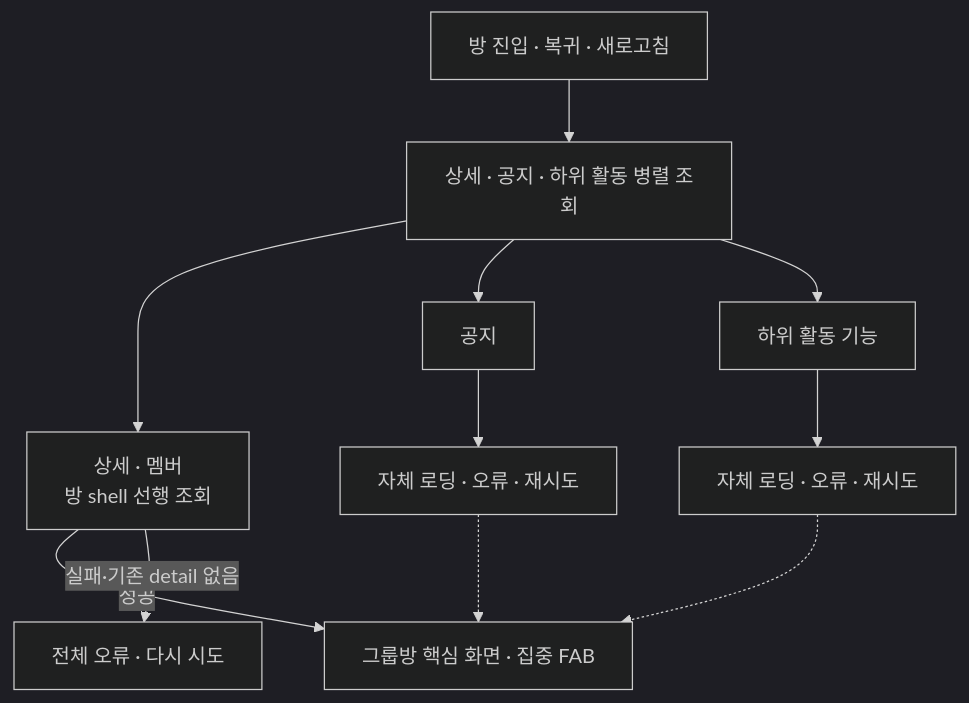
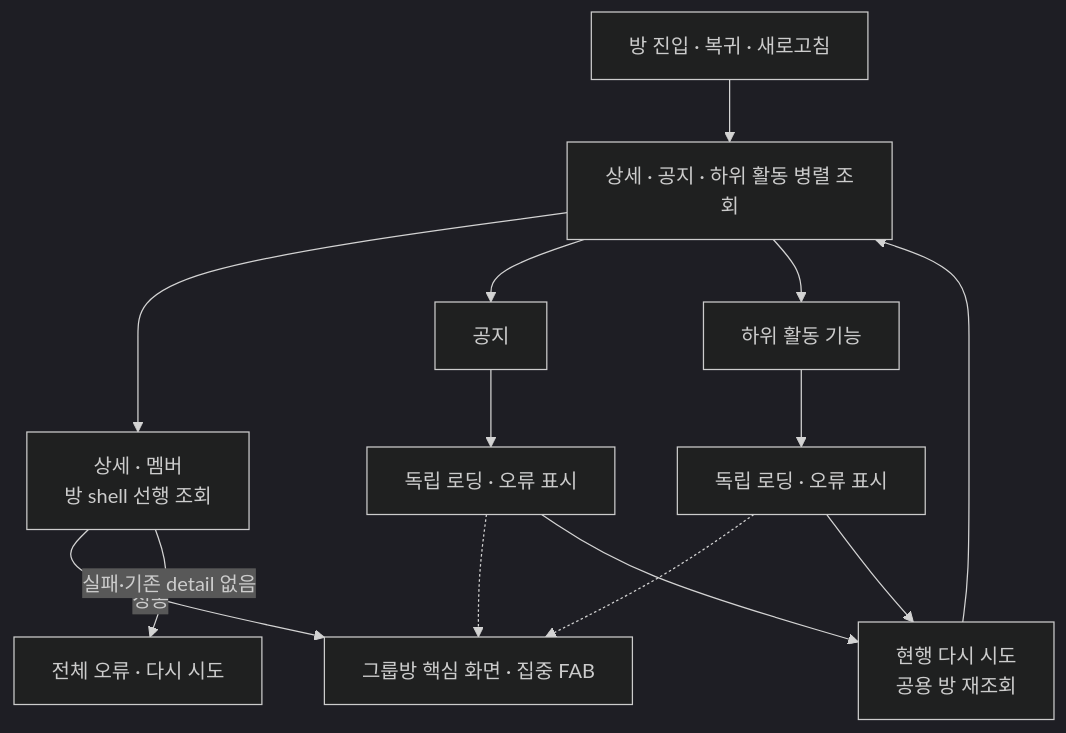
Before and after one commit to OneOrThree/phone: the third of 3 diagrams in docs/prd/group/features/03-activity/high-level-design.md, drawn with Mermaid (dark theme). The commit also changed other lines of this file and 12 other files, not shown here.

````diff
--- a/docs/prd/group/features/03-activity/high-level-design.md
+++ b/docs/prd/group/features/03-activity/high-level-design.md
@@ -54,14 +54,17 @@
 ```mermaid
 flowchart TD
     Enter["방 진입 · 복귀 · 새로고침"] --> Load["상세 · 공지 · 하위 활동 병렬 조회"]
     Load --> D["상세 · 멤버\n방 shell 선행 조회"]
     Load --> N["공지"]
     Load --> Child["하위 활동 기능"]
     D -->|성공| Core["그룹방 핵심 화면 · 집중 FAB"]
     D -->|실패·기존 detail 없음| DetailError["전체 오류 · 다시 시도"]
 
-    N --> NoticeState["자체 로딩 · 오류 · 재시도"]
-    Child --> ChildState["자체 로딩 · 오류 · 재시도"]
+    N --> NoticeState["독립 로딩 · 오류 표시"]
+    Child --> ChildState["독립 로딩 · 오류 표시"]
     NoticeState -.-> Core
     ChildState -.-> Core
+    NoticeState --> Retry["현행 다시 시도<br/>공용 방 재조회"]
+    ChildState --> Retry
+    Retry --> Load
 ```
````
